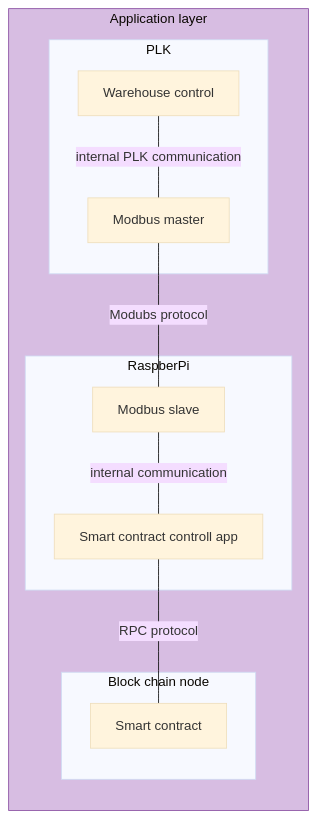
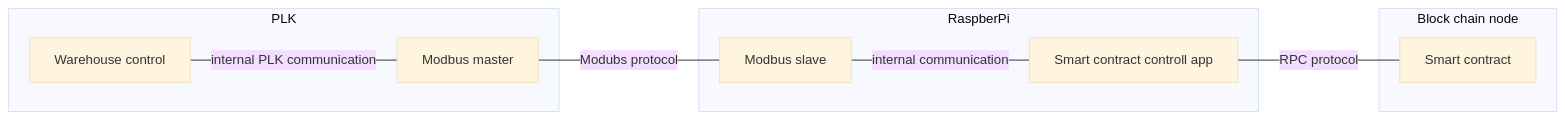
One commit to fsprojekti/plk-blockchain changed the second of 2 diagrams in README.md. Above: the diagram before and after it, drawn with Mermaid (base theme). The commit also changed other lines of this file, not shown here.

````diff
--- a/README.md
+++ b/README.md
@@ -32,25 +41,21 @@
 ```mermaid
 graph LR
-
-subgraph AL [Application layer]
 
 subgraph P[PLK]
     D[Warehouse control]
     G[Modbus master]
   end
   subgraph R[RaspberPi]
     K[Modbus slave]
     J[Smart contract controll app]
     K---|internal communication|J
   end
   subgraph Block chain node
     L[Smart contract]
   end
   J---|RPC protocol|L
-end
+
 D---|internal PLK communication|G
 G---|Modubs protocol|K 
 
-
-style AL fill:#D7BDE2, stroke:#884EA0
 ```
````
